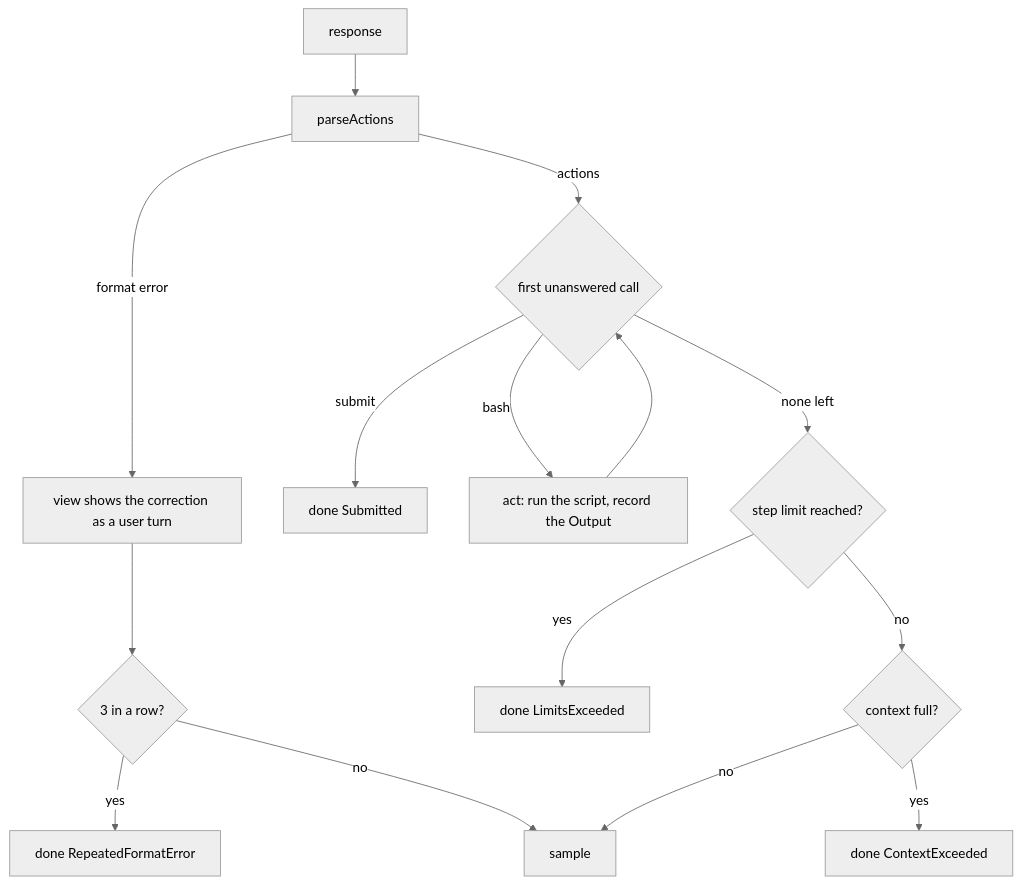
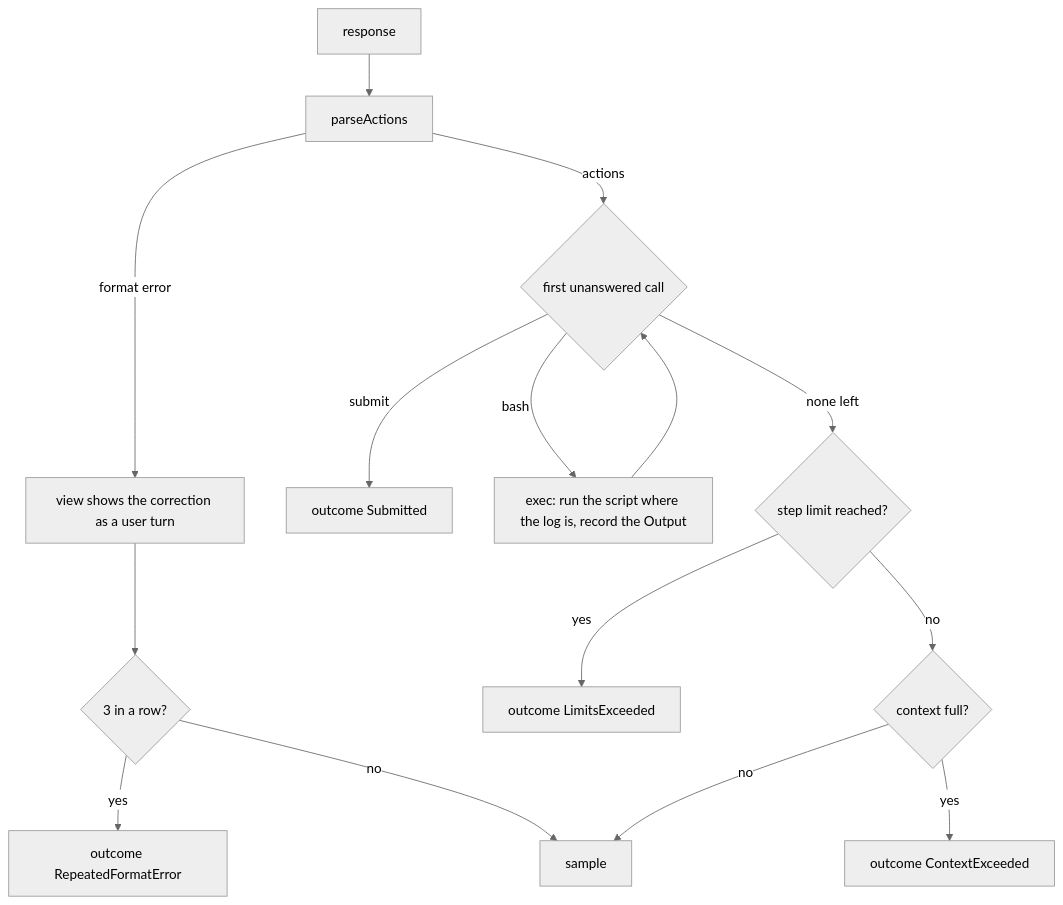
Before and after one commit to pku-xht/alaya: the second of 2 diagrams in docs/miniswe.md, drawn with Mermaid (neutral theme). The commit also changed other lines of this file and 48 other files, not shown here.

First line of the commit message:
Make the agent a function from the log to an effect or an outcome, and store states as their types

````diff
--- a/docs/miniswe.md
+++ b/docs/miniswe.md
@@ -148,17 +176,17 @@
 ```mermaid
 flowchart TD
   R["response"] --> P["parseActions"]
   P -->|"format error"| F["view shows the correction as a user turn"]
   F --> N1{"3 in a row?"}
-  N1 -->|yes| D1["done RepeatedFormatError"]
+  N1 -->|yes| D1["outcome RepeatedFormatError"]
   N1 -->|no| S["sample"]
   P -->|"actions"| A{"first unanswered call"}
-  A -->|"submit"| D2["done Submitted"]
-  A -->|"bash"| X["act: run the script, record the Output"]
+  A -->|"submit"| D2["outcome Submitted"]
+  A -->|"bash"| X["exec: run the script where the log is, record the Output"]
   X --> A
   A -->|"none left"| L{"step limit reached?"}
-  L -->|yes| D3["done LimitsExceeded"]
+  L -->|yes| D3["outcome LimitsExceeded"]
   L -->|no| C{"context full?"}
-  C -->|yes| D4["done ContextExceeded"]
+  C -->|yes| D4["outcome ContextExceeded"]
   C -->|no| S
 ```
````
